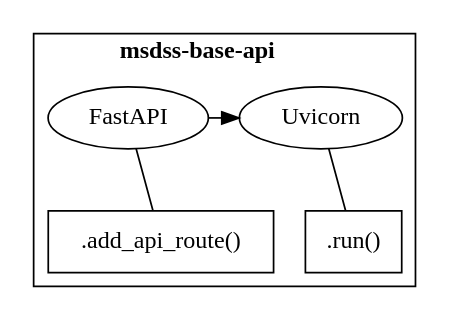
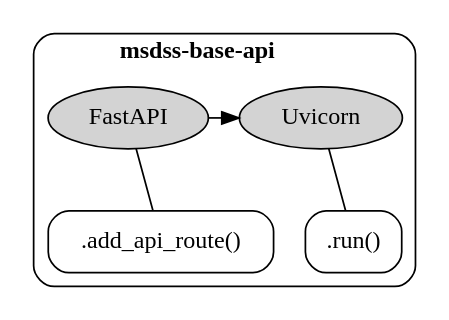
One commit to rrwen/msdss-base-api changed the diagram in docs/source/index.rst. Above: the diagram before and after it, drawn with Graphviz. The commit also changed 40 other files, not shown here.

Commit message:
Update howitworks diagram

```diff
--- a/docs/source/index.rst
+++ b/docs/source/index.rst
@@ -60,14 +60,15 @@
 .. digraph:: methods
 
    rankdir=TB;
-   api[label="FastAPI" URL="https://fastapi.tiangolo.com/"];
-   apimeth1[label=".add_api_route()" shape=rect URL="https://github.com/tiangolo/fastapi/blob/bee35f5ae1fc58e7ab125427ad4287210e99d8b3/fastapi/routing.py#L479"];
-   server[label="Uvicorn" URL="https://www.uvicorn.org/"];
-   servermeth1[label=".run()" shape=rect URL="https://www.uvicorn.org/deployment/#running-programmatically"];
+   api[label="FastAPI" URL="https://fastapi.tiangolo.com/" style=filled];
+   apimeth1[label=".add_api_route()" shape=rect style=rounded URL="https://github.com/tiangolo/fastapi/blob/bee35f5ae1fc58e7ab125427ad4287210e99d8b3/fastapi/routing.py#L479"];
+   server[label="Uvicorn" URL="https://www.uvicorn.org/" style=filled];
+   servermeth1[label=".run()" shape=rect style=rounded URL="https://www.uvicorn.org/deployment/#running-programmatically"];
 
    subgraph cluster {
       label=< <B>msdss-base-api</B> >;
+      style=rounded;
       {rank=min; api -> server;}
       apimeth1 -> api[arrowhead=none];
       servermeth1 -> server[arrowhead=none];
    }
```
